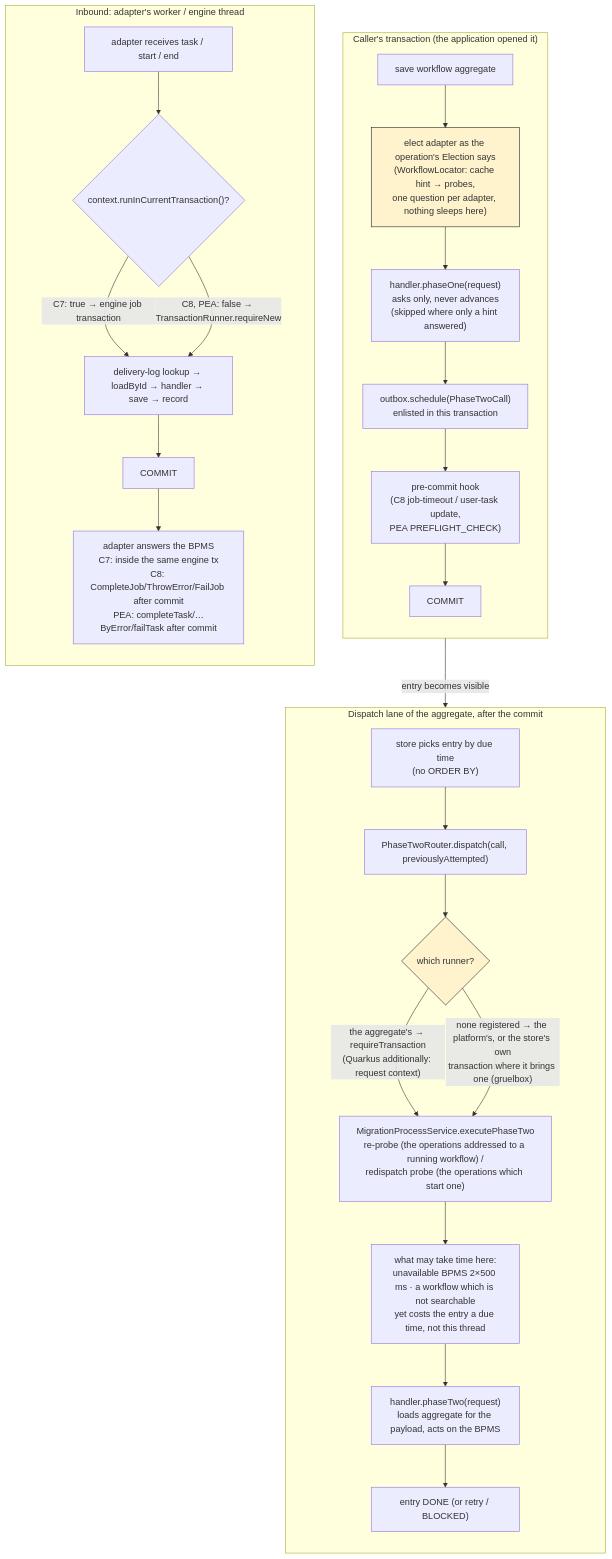
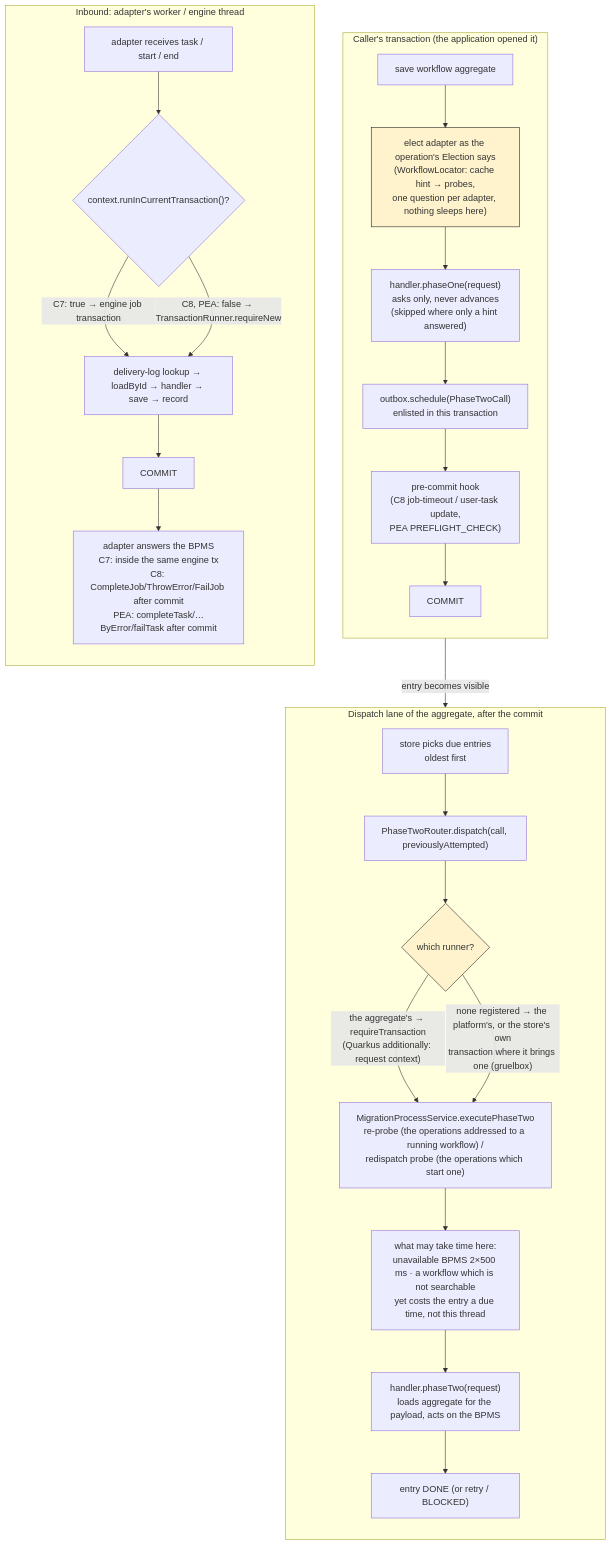
One commit to vanillabp/adapter-platform-integration changed diagram 15 of 15 in migration-adapter/README.md. Above: the diagram before and after it, drawn with Mermaid. The commit also changed other lines of this file and 9 other files, not shown here.

````diff
--- a/migration-adapter/README.md
+++ b/migration-adapter/README.md
@@ -3461,37 +3465,37 @@
 ```mermaid
 flowchart TB
   subgraph CALLER["Caller's transaction (the application opened it)"]
     direction TB
     A1["save workflow aggregate"] --> A2["elect adapter as the operation's Election says<br/>(WorkflowLocator: cache hint → probes,<br/>one question per adapter, nothing sleeps here)"]
     A2 --> A3["handler.phaseOne(request)<br/>asks only, never advances<br/>(skipped where only a hint answered)"]
     A3 --> A4["outbox.schedule(PhaseTwoCall)<br/>enlisted in this transaction"]
     A4 --> A5["pre-commit hook<br/>(C8 job-timeout / user-task update,<br/>PEA PREFLIGHT_CHECK)"]
     A5 --> C["COMMIT"]
   end
 
   C -->|"entry becomes visible"| D0
 
   subgraph DISPATCH["Dispatch lane of the aggregate, after the commit"]
     direction TB
-    D0["store picks entry by due time<br/>(no ORDER BY)"] --> D1["PhaseTwoRouter.dispatch(call, previouslyAttempted)"]
+    D0["store picks due entries<br/>oldest first"] --> D1["PhaseTwoRouter.dispatch(call, previouslyAttempted)"]
     D1 --> D2{"which runner?"}
     D2 -->|"the aggregate's → requireTransaction<br/>(Quarkus additionally: request context)"| D3["MigrationProcessService.executePhaseTwo<br/>re-probe (the operations addressed to a running workflow) /<br/>redispatch probe (the operations which start one)"]
     D2 -->|"none registered → the platform's, or the store's own<br/>transaction where it brings one (gruelbox)"| D3
     D3 --> D3a["what may take time here:<br/>unavailable BPMS 2×500 ms · a workflow which is not searchable<br/>yet costs the entry a due time, not this thread"]
     D3a --> D4["handler.phaseTwo(request)<br/>loads aggregate for the payload, acts on the BPMS"]
     D4 --> D5["entry DONE (or retry / BLOCKED)"]
   end
 
   subgraph INBOUND["Inbound: adapter's worker / engine thread"]
     direction TB
     I0["adapter receives task / start / end"] --> I1{"context.runInCurrentTransaction()?"}
     I1 -->|"C7: true → engine job transaction"| I2
     I1 -->|"C8, PEA: false → TransactionRunner.requireNew"| I2
     I2["delivery-log lookup → loadById → handler → save → record"] --> I3["COMMIT"]
     I3 --> I4["adapter answers the BPMS<br/>C7: inside the same engine tx<br/>C8: CompleteJob/ThrowError/FailJob after commit<br/>PEA: completeTask/…ByError/failTask after commit"]
   end
 
   classDef tx fill:#e6f0ff,stroke:#1e1e1e;
   classDef warn fill:#fff3cd,stroke:#1e1e1e;
   class A2,D2 warn;
 ```
````
